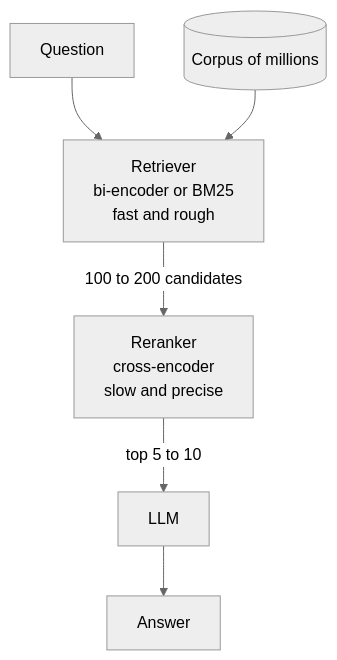
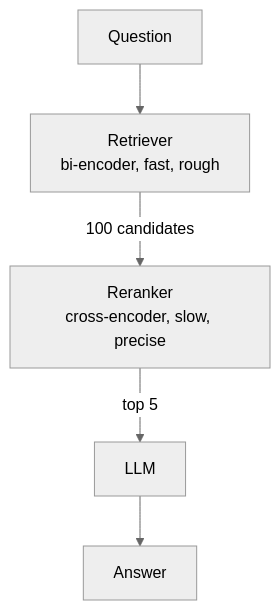
Before and after one commit to kaisarnajar/outcome-school-blogs: the first of 2 diagrams in notes/step-09-vector-search-and-retrieval-augmented-generation-rag/107-how-does-a-reranker-work.md, drawn with Mermaid (neutral theme). The commit also changed other lines of this file and 233 other files, not shown here.

````diff
--- a/notes/step-09-vector-search-and-retrieval-augmented-generation-rag/107-how-does-a-reranker-work.md
+++ b/notes/step-09-vector-search-and-retrieval-augmented-generation-rag/107-how-does-a-reranker-work.md
@@ -41,8 +28,7 @@
 ```mermaid
 flowchart TD
-    Q["Question"] --> R["Retriever<br/>bi-encoder or BM25<br/>fast and rough"]
-    C[("Corpus of millions")] --> R
-    R -->|"100 to 200 candidates"| RR["Reranker<br/>cross-encoder<br/>slow and precise"]
-    RR -->|"top 5 to 10"| L["LLM"]
+    Q["Question"] --> R1["Retriever<br/>bi-encoder, fast, rough"]
+    R1 -->|"100 candidates"| R2["Reranker<br/>cross-encoder, slow, precise"]
+    R2 -->|"top 5"| L["LLM"]
     L --> A["Answer"]
 ```
````
